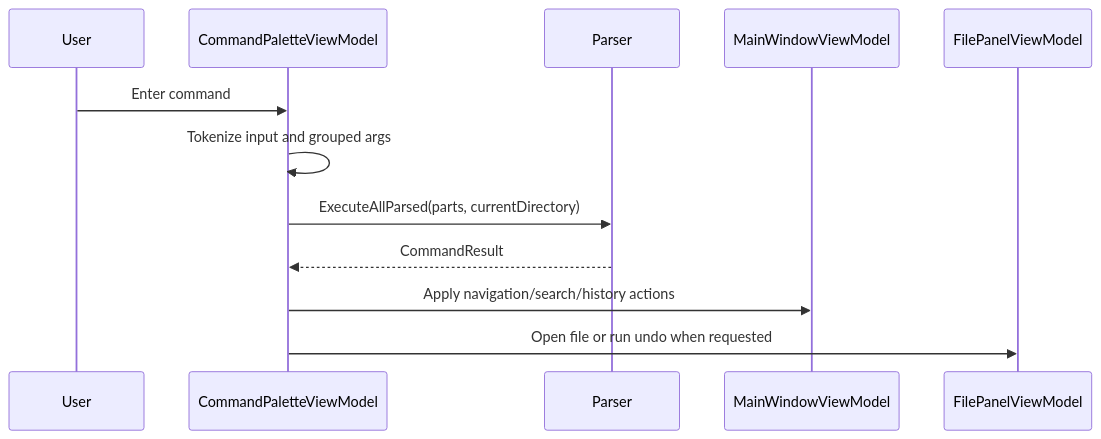
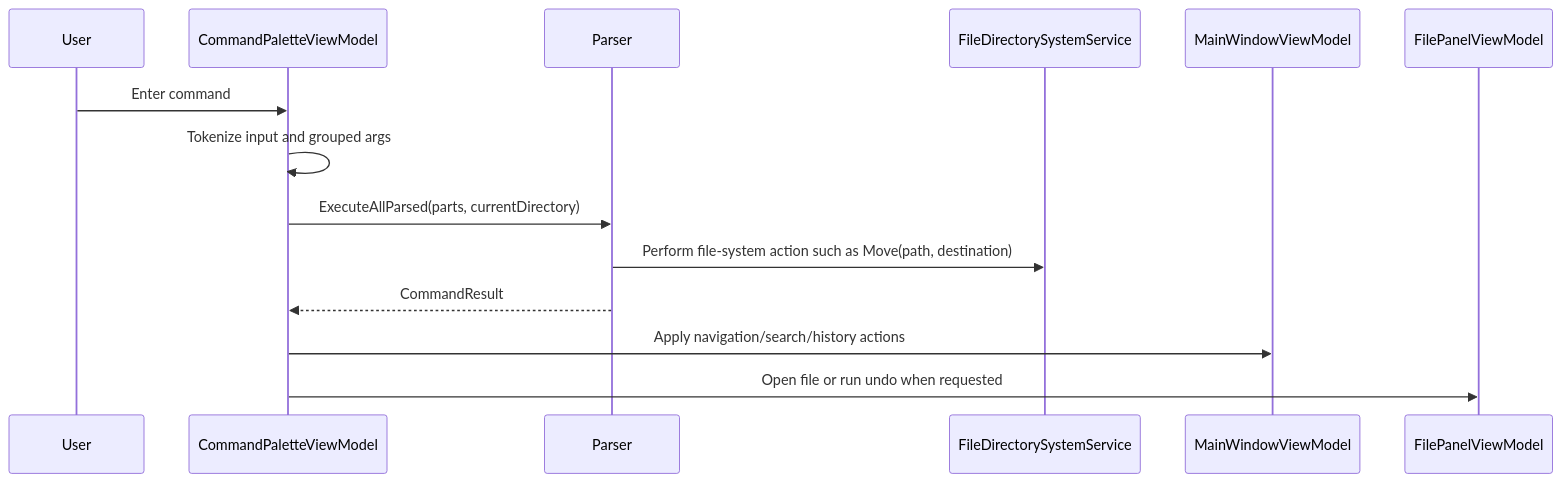
One commit to vpro3611/ffsystem changed the third of 3 diagrams in README.md. Above: the diagram before and after it, drawn with Mermaid. The commit also changed other lines of this file and 3 other files, not shown here.

````diff
--- a/README.md
+++ b/README.md
@@ -59,15 +63,17 @@
 ```mermaid
 sequenceDiagram
     participant User
     participant Terminal as CommandPaletteViewModel
     participant Parser as Parser
+    participant Core as FileDirectorySystemService
     participant Main as MainWindowViewModel
     participant Panel as FilePanelViewModel
 
     User->>Terminal: Enter command
     Terminal->>Terminal: Tokenize input and grouped args
     Terminal->>Parser: ExecuteAllParsed(parts, currentDirectory)
+    Parser->>Core: Perform file-system action such as Move(path, destination)
     Parser-->>Terminal: CommandResult
     Terminal->>Main: Apply navigation/search/history actions
     Terminal->>Panel: Open file or run undo when requested
 ```
````
